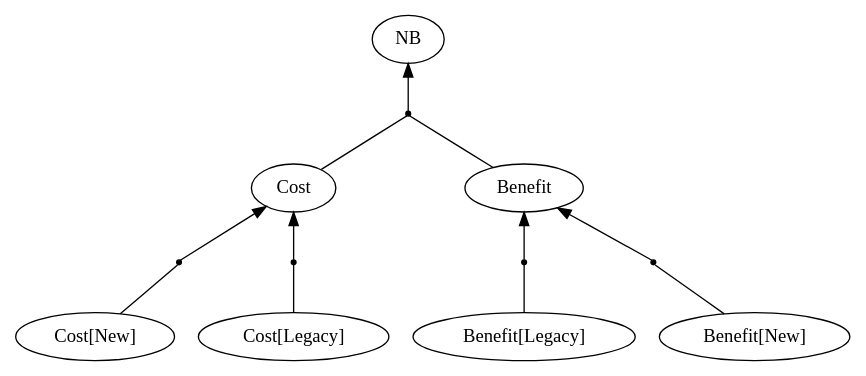
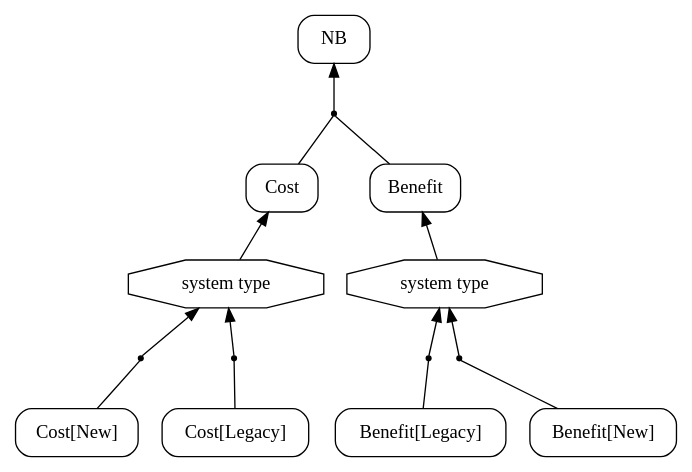
One commit to sbusari/RADAR2 changed the diagram in uk.ac.ucl.cs.results/CVB/graph/vgraph.dot. Above: the diagram before and after it, drawn with Graphviz. The commit also changed 46 other files, not shown here.

```diff
--- a/uk.ac.ucl.cs.results/CVB/graph/vgraph.dot
+++ b/uk.ac.ucl.cs.results/CVB/graph/vgraph.dot
@@ -1,22 +1,28 @@
 digraph G { 
 rankdir = BT 
 AndRef0[shape = point] 
-AndRef0->"Benefit"
+1[label="system type", shape = polygon, sides =8]1->"Benefit"
+"Benefit[New]"[shape = box, style = rounded] 
+AndRef0->1
 "Benefit[New]"->AndRef0 [dir = none] 
 AndRef1[shape = point] 
-AndRef1->"Benefit"
+1[label="system type", shape = polygon, sides =8]"Benefit[Legacy]"[shape = box, style = rounded] 
+AndRef1->1
 "Benefit[Legacy]"->AndRef1 [dir = none] 
-"Benefit" [shape = oval] 
+"Benefit"[shape = box, style = rounded] 
 AndRef2[shape = point] 
-AndRef2->"Cost"
+3[label="system type", shape = polygon, sides =8]3->"Cost"
+"Cost[New]"[shape = box, style = rounded] 
+AndRef2->3
 "Cost[New]"->AndRef2 [dir = none] 
 AndRef3[shape = point] 
-AndRef3->"Cost"
+3[label="system type", shape = polygon, sides =8]"Cost[Legacy]"[shape = box, style = rounded] 
+AndRef3->3
 "Cost[Legacy]"->AndRef3 [dir = none] 
-"Cost" [shape = oval] 
-"NB" [shape = oval] 
+"Cost"[shape = box, style = rounded] 
+"NB"[shape = box, style = rounded] 
 AndRef4[shape = point] 
 AndRef4->"NB"
 "Benefit"->AndRef4 [dir = none] 
 "Cost"->AndRef4 [dir = none] 
 }
```
